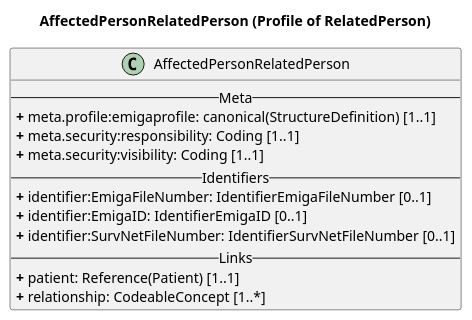
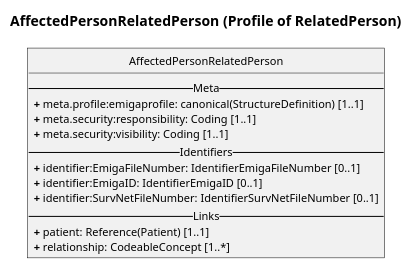
One commit to robert-koch-institut/rki.emiga.common changed the diagram in rki.emiga.common/guides/implementationguides.common/PlantUML/AffectedPersonRelatedPerson.puml. Above: the diagram before and after it, drawn with PlantUML. The commit also changed 32 other files, not shown here.

```diff
--- a/rki.emiga.common/guides/implementationguides.common/PlantUML/AffectedPersonRelatedPerson.puml
+++ b/rki.emiga.common/guides/implementationguides.common/PlantUML/AffectedPersonRelatedPerson.puml
@@ -1,21 +1,33 @@
 @startuml
 skinparam linetype ortho
 
 title AffectedPersonRelatedPerson (Profile of RelatedPerson) 
 
-' Main Class
+skinparam shadowing false
+skinparam roundcorner 0
+skinparam linetype ortho
+skinparam classAttributeIconSize 0
+skinparam defaultFontName Arial
+skinparam defaultFontSize 11
+
+skinparam ArrowColor black
+skinparam classBorderColor black
+skinparam classFontColor black
+
+hide circle
+
 class AffectedPersonRelatedPerson{
 -- Meta --
 <b>+</b> meta.profile:emigaprofile: canonical(StructureDefinition) [1..1]
 <b>+</b> meta.security:responsibility: Coding [1..1]
 <b>+</b> meta.security:visibility: Coding [1..1]
 -- Identifiers --
 <b>+</b> identifier:EmigaFileNumber: IdentifierEmigaFileNumber [0..1]
 <b>+</b> identifier:EmigaID: IdentifierEmigaID [0..1]
 <b>+</b> identifier:SurvNetFileNumber: IdentifierSurvNetFileNumber [0..1]
 -- Links --
 <b>+</b> patient: Reference(Patient) [1..1]
 <b>+</b> relationship: CodeableConcept [1..*]
 }
 
 @enduml
```
